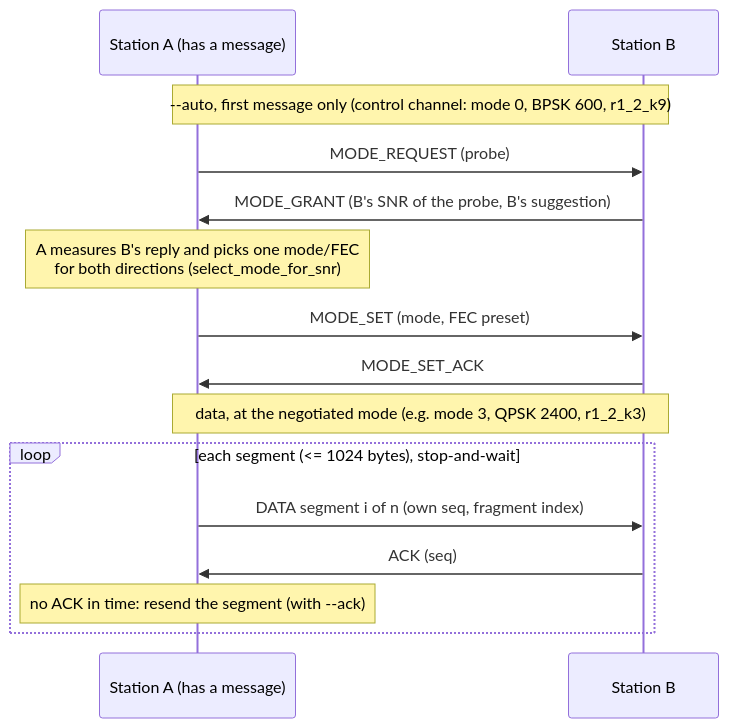
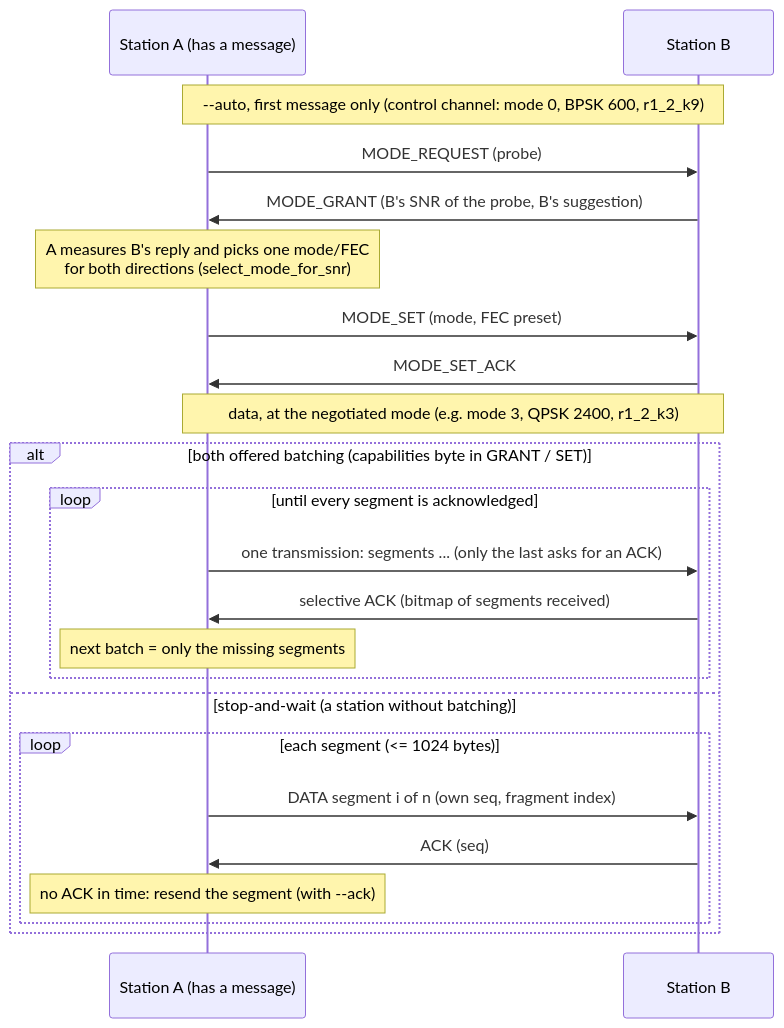
One commit to md-thomas/fmlink changed the fifth of 5 diagrams in MODEM_ARCHITECTURE.md. Above: the diagram before and after it, drawn with Mermaid. The commit also changed other lines of this file and 9 other files, not shown here.

First line of the commit message:
Burst batching part 2: batched segments with selective ACKs

````diff
--- a/MODEM_ARCHITECTURE.md
+++ b/MODEM_ARCHITECTURE.md
@@ -166,17 +166,25 @@
 ```mermaid
 sequenceDiagram
     participant A as Station A (has a message)
     participant B as Station B
     Note over A,B: --auto, first message only (control channel: mode 0, BPSK 600, r1_2_k9)
     A->>B: MODE_REQUEST (probe)
     B->>A: MODE_GRANT (B's SNR of the probe, B's suggestion)
     Note over A: A measures B's reply and picks one mode/FEC<br/>for both directions (select_mode_for_snr)
     A->>B: MODE_SET (mode, FEC preset)
     B->>A: MODE_SET_ACK
     Note over A,B: data, at the negotiated mode (e.g. mode 3, QPSK 2400, r1_2_k3)
-    loop each segment (<= 1024 bytes), stop-and-wait
-        A->>B: DATA segment i of n (own seq, fragment index)
-        B->>A: ACK (seq)
-        Note over A: no ACK in time: resend the segment (with --ack)
+    alt both offered batching (capabilities byte in GRANT / SET)
+        loop until every segment is acknowledged
+            A->>B: one transmission: segments ... (only the last asks for an ACK)
+            B->>A: selective ACK (bitmap of segments received)
+            Note over A: next batch = only the missing segments
+        end
+    else stop-and-wait (a station without batching)
+        loop each segment (<= 1024 bytes)
+            A->>B: DATA segment i of n (own seq, fragment index)
+            B->>A: ACK (seq)
+            Note over A: no ACK in time: resend the segment (with --ack)
+        end
     end
 ```
````
